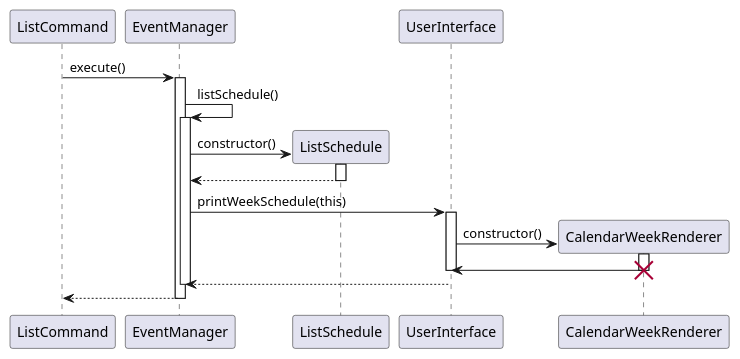
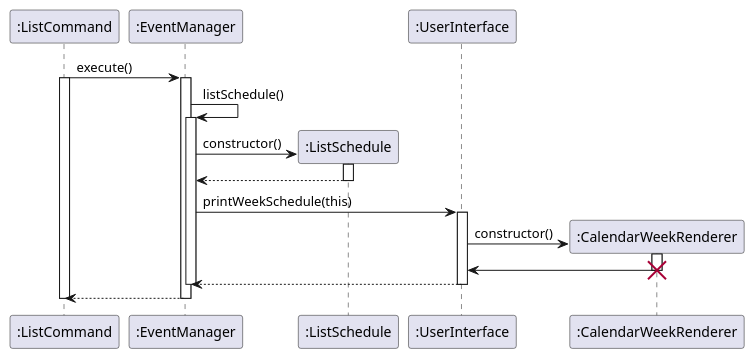
One commit to untitle4/tp changed the diagram in docs/plantuml/ListWeekSequence.puml. Above: the diagram before and after it, drawn with PlantUML. The commit also changed 1 other file, not shown here.

```diff
--- a/docs/plantuml/ListWeekSequence.puml
+++ b/docs/plantuml/ListWeekSequence.puml
@@ -1,23 +1,25 @@
 @startuml
 
-ListCommand -> EventManager : execute()
-activate EventManager
-EventManager -> EventManager : listSchedule()
-activate EventManager
-EventManager -> ListSchedule** : constructor()
-activate ListSchedule
-ListSchedule --> EventManager
-deactivate ListSchedule
-EventManager -> UserInterface : printWeekSchedule(this)
-activate UserInterface
-UserInterface -> CalendarWeekRenderer** : constructor()
-activate CalendarWeekRenderer
-CalendarWeekRenderer -> UserInterface
-destroy CalendarWeekRenderer
-deactivate UserInterface
-UserInterface --> EventManager
-deactivate EventManager
-EventManager --> ListCommand
+":ListCommand" -> ":EventManager" : execute()
+activate ":ListCommand"
+activate ":EventManager"
+":EventManager" -> ":EventManager" : listSchedule()
+activate ":EventManager"
+":EventManager" -> ":ListSchedule"** : constructor()
+activate ":ListSchedule"
+":ListSchedule" --> ":EventManager"
+deactivate ":ListSchedule"
+":EventManager" -> ":UserInterface" : printWeekSchedule(this)
+activate ":UserInterface"
+":UserInterface" -> ":CalendarWeekRenderer"** : constructor()
+activate ":CalendarWeekRenderer"
+":CalendarWeekRenderer" -> ":UserInterface"
+destroy ":CalendarWeekRenderer"
+":UserInterface" --> ":EventManager"
+deactivate ":UserInterface"
+deactivate ":EventManager"
+":EventManager" --> ":ListCommand"
 deactivate
+deactivate ":ListCommand"
 
 @enduml
```
